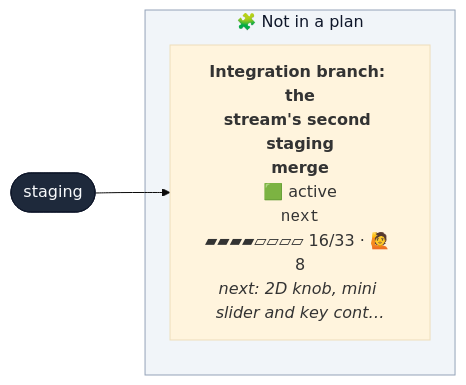
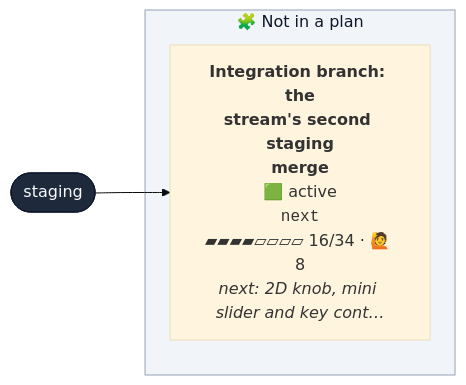
The first of 2 diagrams in CONTRIBUTING.md (henryjonescodes/portfolio), drawn with Mermaid (base theme) before and after one commit. The commit also changed other lines of this file, not shown here.

````diff
--- a/CONTRIBUTING.md
+++ b/CONTRIBUTING.md
@@ -16,18 +16,18 @@
 ```mermaid
 flowchart LR
   n_staging([staging])
   class n_staging trunk
   subgraph loose["🧩 Not in a plan"]
-    n_next["<b>Integration branch: the<br/>stream's second staging<br/>merge</b><br/>🟩 active<br/><code>next</code><br/>▰▰▰▰▱▱▱▱ 16/33 · 🙋 8<br/><i>next: 2D knob, mini slider and key cont…</i>"]
+    n_next["<b>Integration branch: the<br/>stream's second staging<br/>merge</b><br/>🟩 active<br/><code>next</code><br/>▰▰▰▰▱▱▱▱ 16/34 · 🙋 8<br/><i>next: 2D knob, mini slider and key cont…</i>"]
     class n_next active,current
   end
   style loose fill:#f1f5f9,stroke:#94a3b8,color:#0f172a
   n_staging --> n_next
   classDef planned fill:#c7d2fe,stroke:#4f46e5,color:#1e1b4b
   classDef sketched fill:#f8fafc,stroke:#64748b,stroke-dasharray:4 3,color:#334155
   classDef active fill:#bbf7d0,stroke:#16a34a,stroke-width:3px,color:#052e16
   classDef review fill:#fde68a,stroke:#d97706,stroke-width:3px,color:#451a03
   classDef blocked fill:#fecaca,stroke:#dc2626,stroke-width:3px,color:#450a0a
   classDef trunk fill:#1e293b,stroke:#0f172a,color:#f8fafc
   classDef current stroke:#0ea5e9,stroke-width:5px
 ```
````
